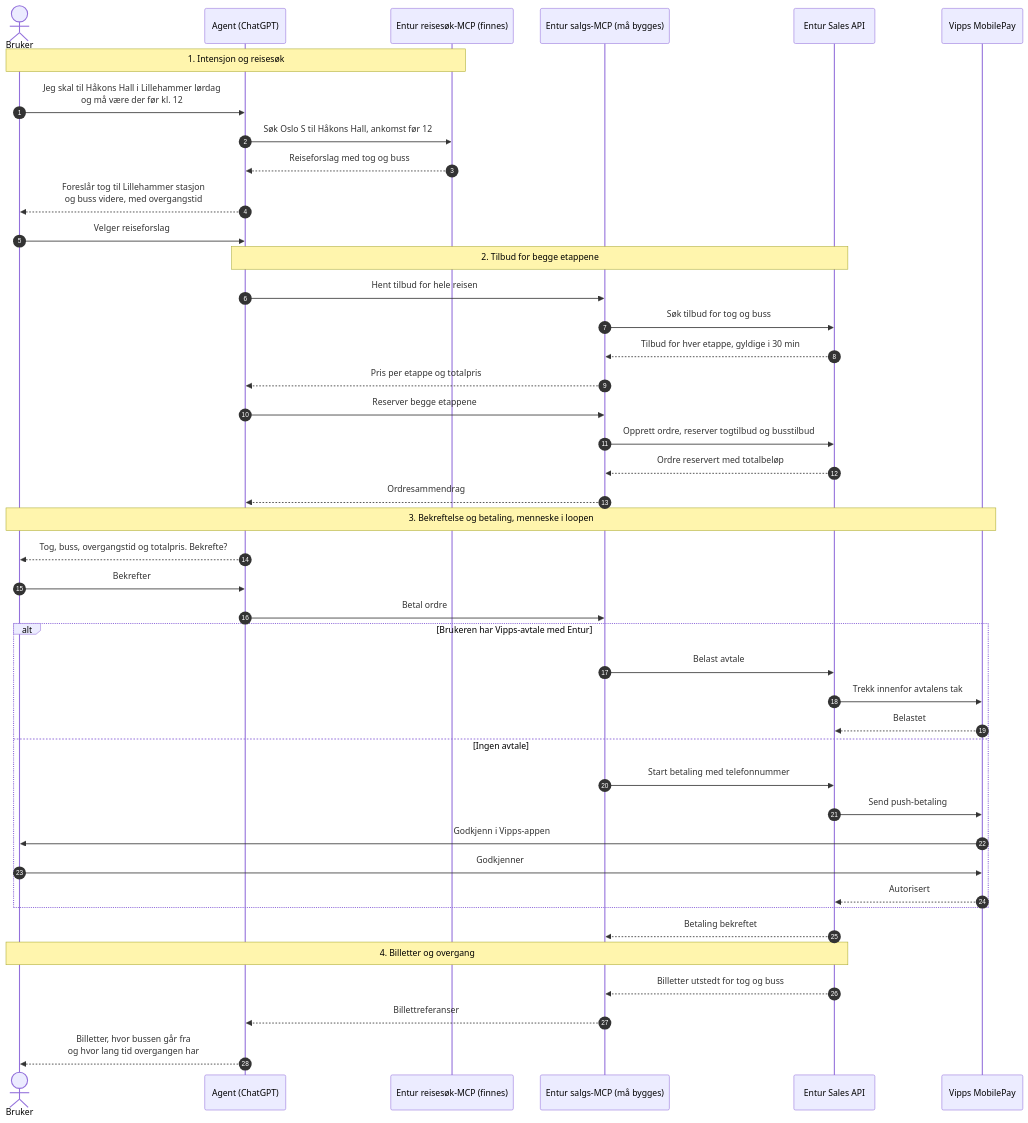
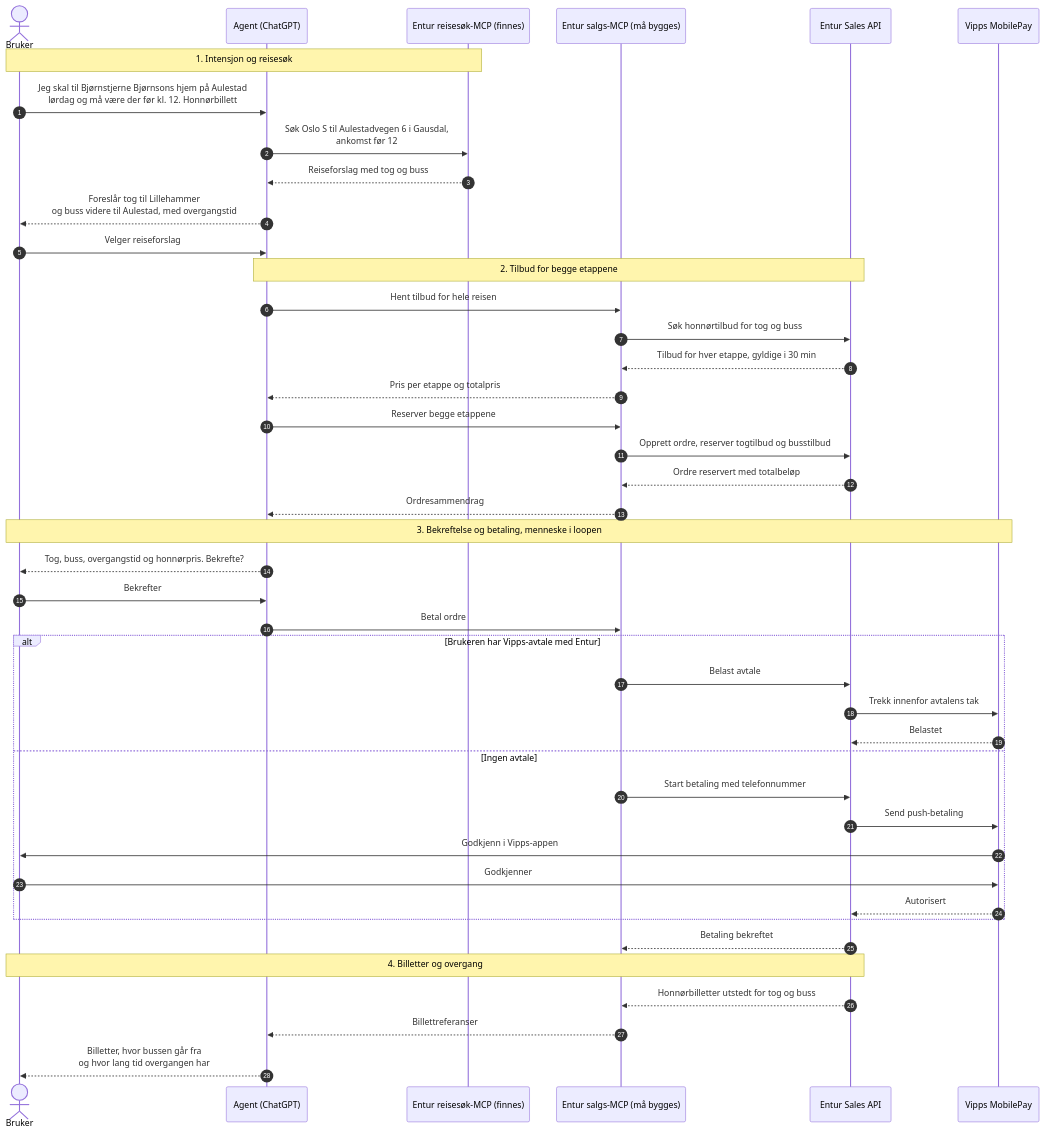
One commit to entur/agentisk-betaling changed the diagram in brukerflyt/lillehammer-flyt.mmd. Above: the diagram before and after it, drawn with Mermaid. The commit also changed 7 other files, not shown here.

First line of the commit message:
Aulestad med honnørbillett og vindusplass i kjøreretningen til Bergen

```diff
--- a/brukerflyt/lillehammer-flyt.mmd
+++ b/brukerflyt/lillehammer-flyt.mmd
@@ -1,47 +1,47 @@
 sequenceDiagram
     autonumber
     actor B as Bruker
     participant A as Agent (ChatGPT)
     participant R as Entur reisesøk-MCP (finnes)
     participant S as Entur salgs-MCP (må bygges)
     participant API as Entur Sales API
     participant V as Vipps MobilePay
 
     Note over B,R: 1. Intensjon og reisesøk
-    B->>A: Jeg skal til Håkons Hall i Lillehammer lørdag<br/>og må være der før kl. 12
-    A->>R: Søk Oslo S til Håkons Hall, ankomst før 12
+    B->>A: Jeg skal til Bjørnstjerne Bjørnsons hjem på Aulestad<br/>lørdag og må være der før kl. 12. Honnørbillett
+    A->>R: Søk Oslo S til Aulestadvegen 6 i Gausdal,<br/>ankomst før 12
     R-->>A: Reiseforslag med tog og buss
-    A-->>B: Foreslår tog til Lillehammer stasjon<br/>og buss videre, med overgangstid
+    A-->>B: Foreslår tog til Lillehammer<br/>og buss videre til Aulestad, med overgangstid
     B->>A: Velger reiseforslag
 
     Note over A,API: 2. Tilbud for begge etappene
     A->>S: Hent tilbud for hele reisen
-    S->>API: Søk tilbud for tog og buss
+    S->>API: Søk honnørtilbud for tog og buss
     API-->>S: Tilbud for hver etappe, gyldige i 30 min
     S-->>A: Pris per etappe og totalpris
     A->>S: Reserver begge etappene
     S->>API: Opprett ordre, reserver togtilbud og busstilbud
     API-->>S: Ordre reservert med totalbeløp
     S-->>A: Ordresammendrag
 
     Note over B,V: 3. Bekreftelse og betaling, menneske i loopen
-    A-->>B: Tog, buss, overgangstid og totalpris. Bekrefte?
+    A-->>B: Tog, buss, overgangstid og honnørpris. Bekrefte?
     B->>A: Bekrefter
     A->>S: Betal ordre
     alt Brukeren har Vipps-avtale med Entur
         S->>API: Belast avtale
         API->>V: Trekk innenfor avtalens tak
         V-->>API: Belastet
     else Ingen avtale
         S->>API: Start betaling med telefonnummer
         API->>V: Send push-betaling
         V->>B: Godkjenn i Vipps-appen
         B->>V: Godkjenner
         V-->>API: Autorisert
     end
     API-->>S: Betaling bekreftet
 
     Note over B,API: 4. Billetter og overgang
-    API-->>S: Billetter utstedt for tog og buss
+    API-->>S: Honnørbilletter utstedt for tog og buss
     S-->>A: Billettreferanser
     A-->>B: Billetter, hvor bussen går fra<br/>og hvor lang tid overgangen har
```
